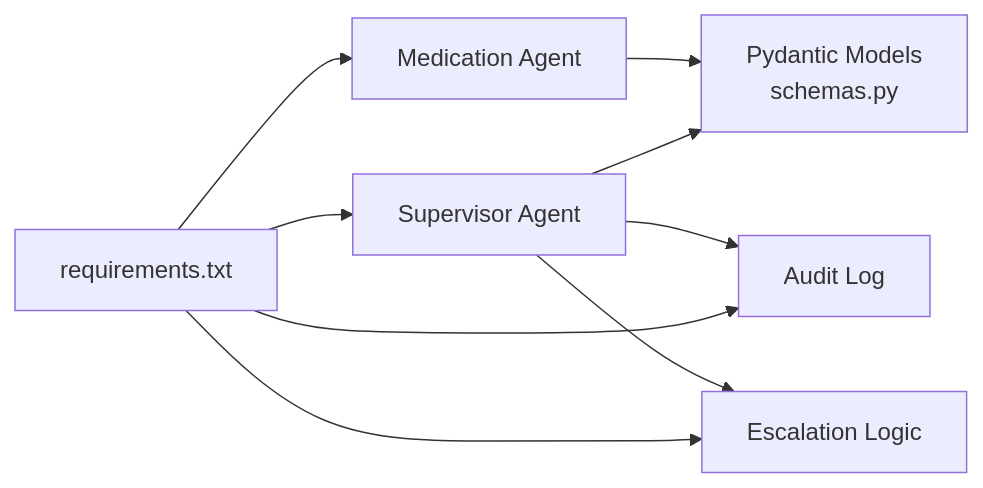
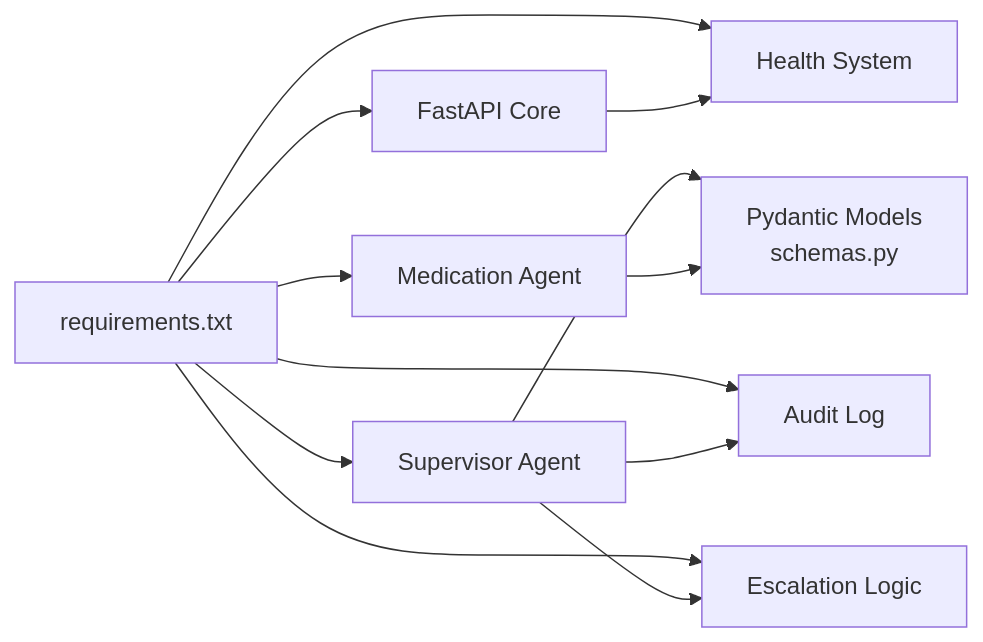
One commit to infamous-rebel/CareBridge changed the fourth of 4 diagrams in .qoder/repowiki/en/content/Deployment Guide.md. Above: the diagram before and after it, drawn with Mermaid. The commit also changed other lines of this file and 12 other files, not shown here.

````diff
--- a/.qoder/repowiki/en/content/Deployment Guide.md
+++ b/.qoder/repowiki/en/content/Deployment Guide.md
@@ -285,17 +404,22 @@
 ```mermaid
 graph LR
 REQ["requirements.txt"]
 PYD["Pydantic Models<br/>schemas.py"]
 SUP["Supervisor Agent"]
 MED["Medication Agent"]
 AUD["Audit Log"]
 ESC["Escalation Logic"]
+FASTAPI["FastAPI Core"]
+HEALTH["Health System"]
+REQ --> FASTAPI
 REQ --> SUP
 REQ --> MED
 REQ --> AUD
 REQ --> ESC
+REQ --> HEALTH
 SUP --> PYD
 MED --> PYD
 SUP --> AUD
 SUP --> ESC
+FASTAPI --> HEALTH
 ```
````
